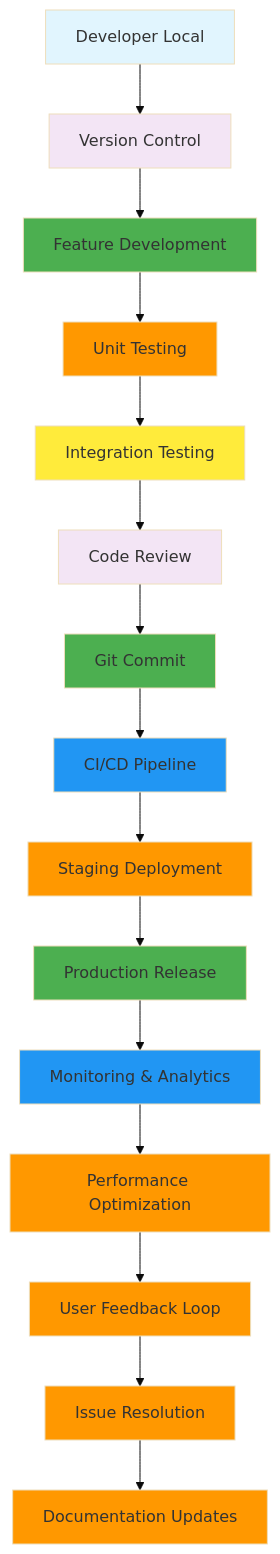
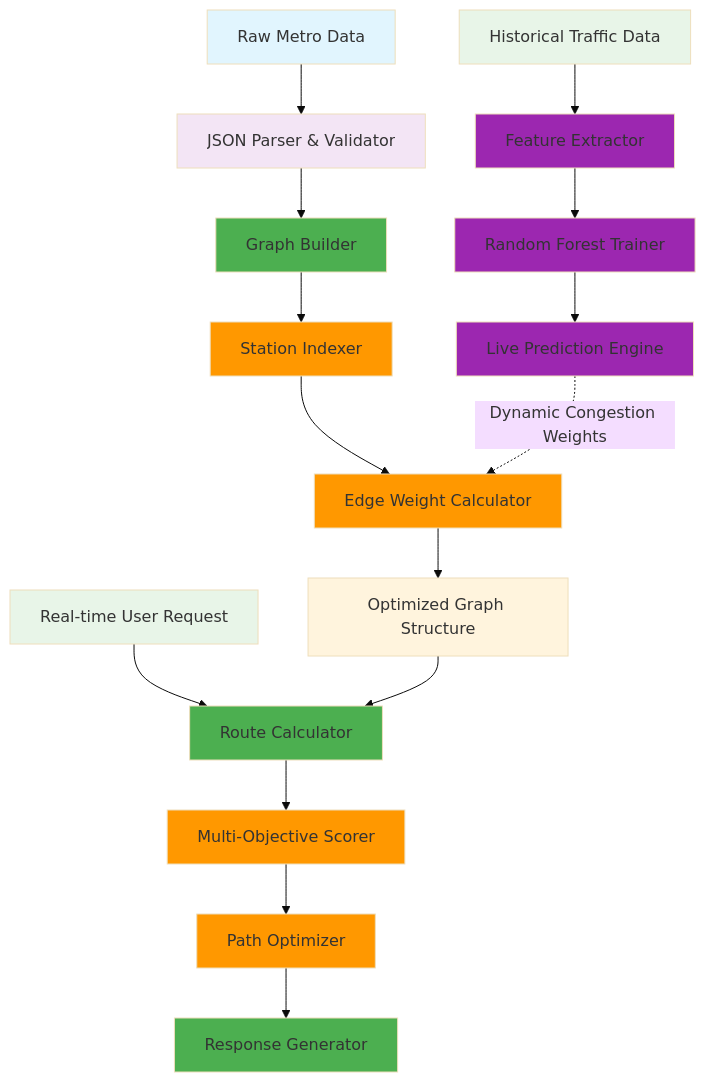
One commit to prachichoudhary2004/intelligent-metro-route-optimization changed the fourth of 4 diagrams in README.md. Above: the diagram before and after it, drawn with Mermaid (base theme). The commit also changed other lines of this file, not shown here.

````diff
--- a/README.md
+++ b/README.md
@@ -642,34 +280,35 @@
 ```mermaid
 flowchart TD
-    A[Developer Local] --> B[Version Control]
-    B --> C[Feature Development]
-    C --> D[Unit Testing]
-    D --> E[Integration Testing]
-    E --> F[Code Review]
-    F --> G[Git Commit]
-    G --> H[CI/CD Pipeline]
-    H --> I[Staging Deployment]
-    I --> J[Production Release]
+    A[Raw Metro Data] --> B[JSON Parser & Validator]
+    B --> C[Graph Builder]
+    C --> D[Station Indexer]
+    D --> E[Edge Weight Calculator]
     
-    J --> K[Monitoring & Analytics]
-    K --> L[Performance Optimization]
-    L --> M[User Feedback Loop]
-    M --> N[Issue Resolution]
-    N --> O[Documentation Updates]
+    F[Historical Traffic Data] --> G[Feature Extractor]
+    G --> H[Random Forest Trainer]
+    H --> I[Live Prediction Engine]
+    
+    I -.->|Dynamic Congestion Weights| E
+    E --> J[Optimized Graph Structure]
+    
+    K[Real-time User Request] --> L[Route Calculator]
+    J --> L
+    L --> M[Multi-Objective Scorer]
+    M --> N[Path Optimizer]
+    N --> O[Response Generator]
     
     style A fill:#e1f5fe
     style B fill:#f3e5f5
     style C fill:#4caf50
     style D fill:#ff9800
-    style E fill:#ffeb3b
-    style F fill:#f3e5f5
-    style G fill:#4caf50
-    style H fill:#2196f3
-    style I fill:#ff9800
-    style J fill:#4caf50
-    style K fill:#2196f3
-    style L fill:#ff9800
+    style E fill:#ff9800
+    style F fill:#e8f5e8
+    style G fill:#9c27b0
+    style H fill:#9c27b0
+    style I fill:#9c27b0
+    style K fill:#e8f5e8
+    style L fill:#4caf50
     style M fill:#ff9800
     style N fill:#ff9800
-    style O fill:#ff9800
+    style O fill:#4caf50
 ```
````
